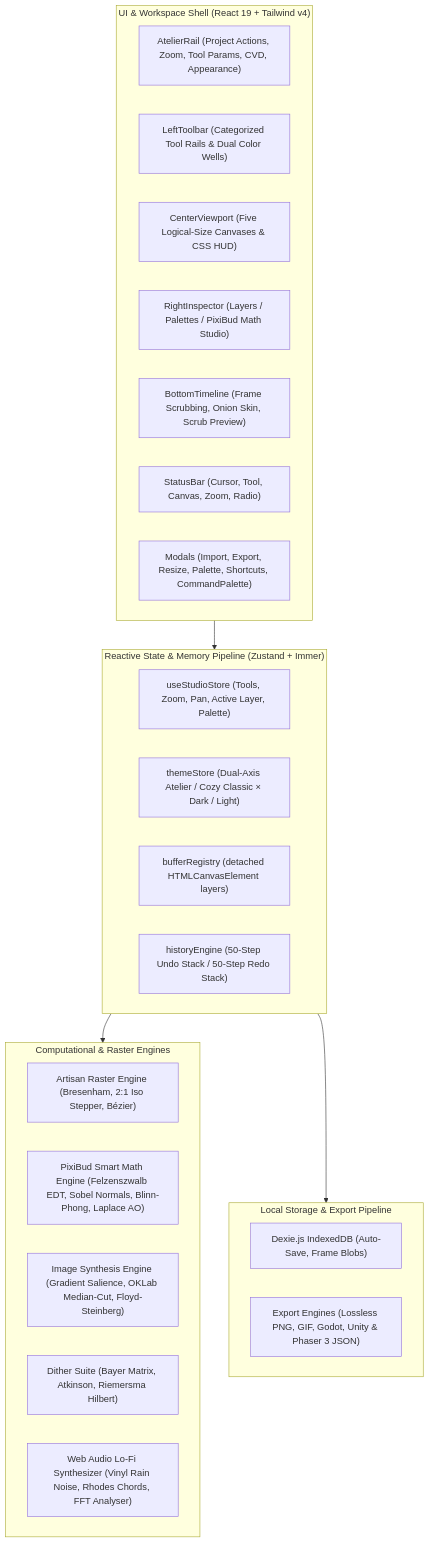
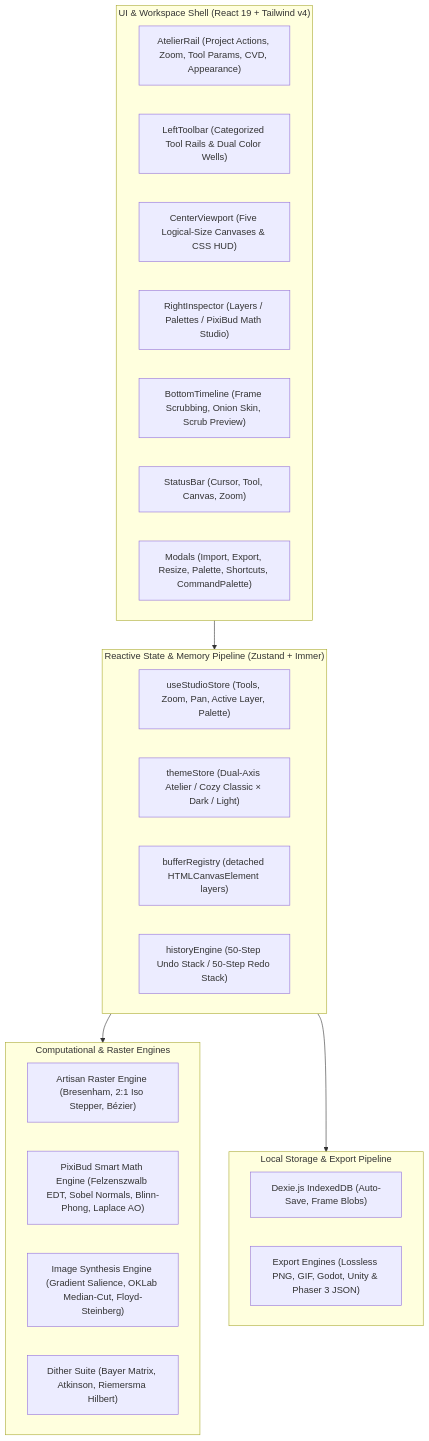
One commit to lxcario/PixiBun changed the first of 6 diagrams in ARCHITECTURE.md. Above: the diagram before and after it, drawn with Mermaid. The commit also changed other lines of this file and 98 other files, not shown here.

````diff
--- a/ARCHITECTURE.md
+++ b/ARCHITECTURE.md
@@ -54,36 +53,35 @@
 ```mermaid
 graph TD
     subgraph UI_Layer [" UI & Workspace Shell (React 19 + Tailwind v4)"]
         AtelierRail["AtelierRail (Project Actions, Zoom, Tool Params, CVD, Appearance)"]
         LeftRail["LeftToolbar (Categorized Tool Rails & Dual Color Wells)"]
         ViewportShell["CenterViewport (Five Logical-Size Canvases & CSS HUD)"]
         RightStudio["RightInspector (Layers / Palettes / PixiBud Math Studio)"]
         TimelineDock["BottomTimeline (Frame Scrubbing, Onion Skin, Scrub Preview)"]
-        StatusBar["StatusBar (Cursor, Tool, Canvas, Zoom, Radio)"]
+        StatusBar["StatusBar (Cursor, Tool, Canvas, Zoom)"]
         Modals["Modals (Import, Export, Resize, Palette, Shortcuts, CommandPalette)"]
     end
 
     subgraph State_Layer [" Reactive State & Memory Pipeline (Zustand + Immer)"]
         Store["useStudioStore (Tools, Zoom, Pan, Active Layer, Palette)"]
         Theme["themeStore (Dual-Axis Atelier / Cozy Classic × Dark / Light)"]
         BufferReg["bufferRegistry (detached HTMLCanvasElement layers)"]
         UndoRedo["historyEngine (50-Step Undo Stack / 50-Step Redo Stack)"]
     end
 
     subgraph Core_Engines ["Computational & Raster Engines"]
         RasterCore["Artisan Raster Engine (Bresenham, 2:1 Iso Stepper, Bézier)"]
         MathCore["PixiBud Smart Math Engine (Felzenszwalb EDT, Sobel Normals, Blinn-Phong, Laplace AO)"]
         PixelizeCore["Image Synthesis Engine (Gradient Salience, OKLab Median-Cut, Floyd-Steinberg)"]
         DitherCore["Dither Suite (Bayer Matrix, Atkinson, Riemersma Hilbert)"]
-        AudioCore["Web Audio Lo-Fi Synthesizer (Vinyl Rain Noise, Rhodes Chords, FFT Analyser)"]
     end
 
     subgraph Storage_Layer [" Local Storage & Export Pipeline"]
         DexieDB["Dexie.js IndexedDB (Auto-Save, Frame Blobs)"]
         Exporter["Export Engines (Lossless PNG, GIF, Godot, Unity & Phaser 3 JSON)"]
     end
 
     UI_Layer --> State_Layer
     State_Layer --> Core_Engines
     State_Layer --> Storage_Layer
 ```
````
